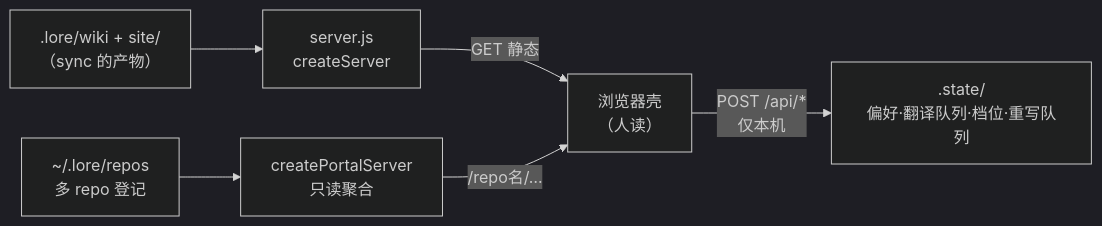
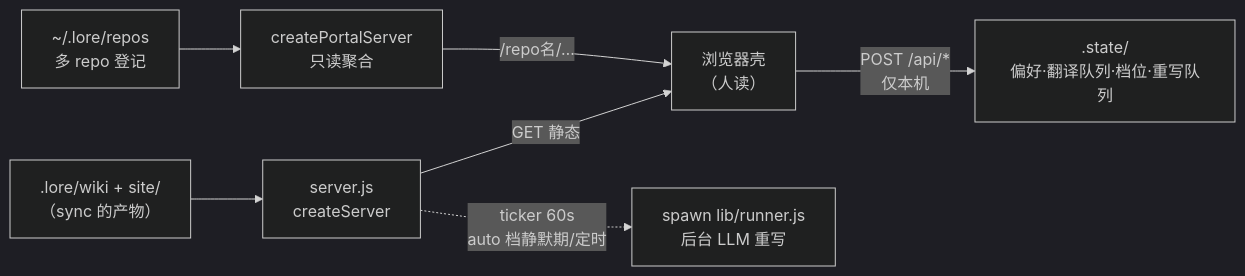
The diagram in .lore/wiki/component/server.js.md (shenhuanageshei/lore), drawn with Mermaid (dark theme) before and after one commit. The commit also changed other lines of this file and 13 other files, not shown here.

First line of the commit message:
docs(wiki): /lore:sync — 7 stale pages rewritten to current architecture

````diff
--- a/.lore/wiki/component/server.js.md
+++ b/.lore/wiki/component/server.js.md
@@ -17,8 +17,9 @@
 ```mermaid
 flowchart LR
   wiki[".lore/wiki + site/<br/>（sync 的产物）"] --> srv["server.js<br/>createServer"]
   srv -->|"GET 静态"| shell["浏览器壳<br/>（人读）"]
   shell -->|"POST /api/*<br/>仅本机"| state[".state/<br/>偏好·翻译队列·档位·重写队列"]
+  srv -. "ticker 60s<br/>auto 档静默期/定时" .-> rn["spawn lib/runner.js<br/>后台 LLM 重写"]
   registry["~/.lore/repos<br/>多 repo 登记"] --> portal["createPortalServer<br/>只读聚合"]
   portal -->|"/repo名/…"| shell
 ```
````
